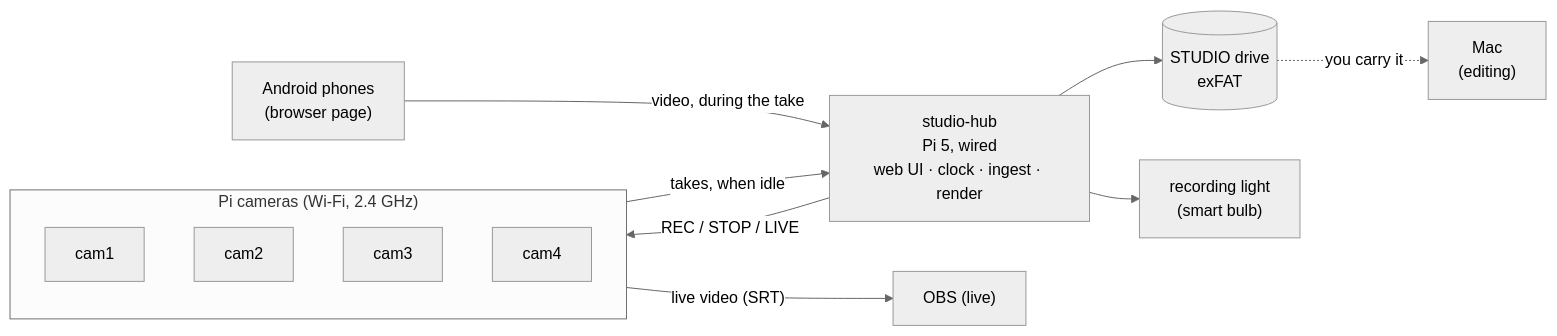
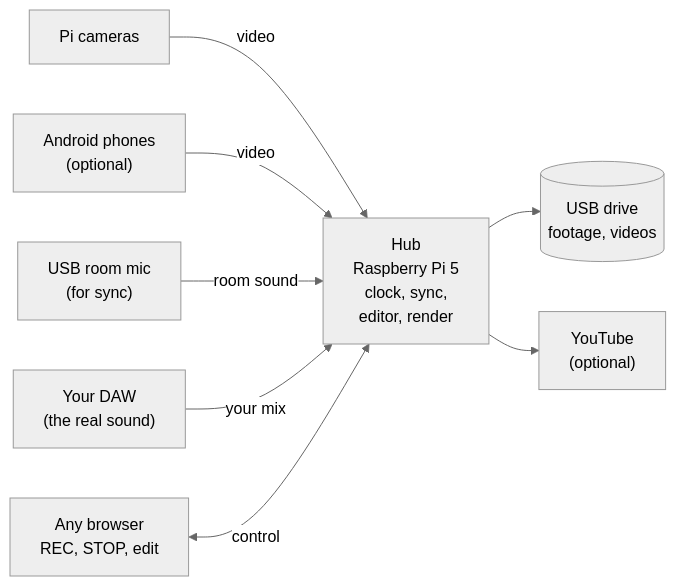
One commit to manneohrstrom/audio-video-broadcaster changed the first of 4 diagrams in README.md. Above: the diagram before and after it, drawn with Mermaid (neutral theme). The commit also changed other lines of this file and 22 other files, not shown here.

````diff
--- a/README.md
+++ b/README.md
@@ -9,23 +16,19 @@
 ```mermaid
 flowchart LR
-    subgraph Cameras["Pi cameras (Wi-Fi, 2.4 GHz)"]
-        C1[cam1]
-        C2[cam2]
-        C3[cam3]
-        C4[cam4]
-    end
-    Phones["Android phones<br/>(browser page)"]
-    Hub["studio-hub<br/>Pi 5, wired<br/>web UI · clock · ingest · render"]
-    Drive[("STUDIO drive<br/>exFAT")]
-    OBS["OBS (live)"]
-    Mac["Mac<br/>(editing)"]
-    Bulb["recording light<br/>(smart bulb)"]
+    Cams["Pi cameras"]
+    Phones["Android phones<br/>(optional)"]
+    Mic["USB room mic<br/>(for sync)"]
+    DAW["Your DAW<br/>(the real sound)"]
+    Browser["Any browser<br/>REC, STOP, edit"]
+    Hub["Hub<br/>Raspberry Pi 5<br/>clock, sync,<br/>editor, render"]
+    Drive[("USB drive<br/>footage, videos")]
+    YT["YouTube<br/>(optional)"]
 
-    Hub -- "REC / STOP / LIVE" --> Cameras
-    Cameras -- "takes, when idle" --> Hub
-    Phones -- "video, during the take" --> Hub
+    Cams -->|video| Hub
+    Phones -->|video| Hub
+    Mic -->|room sound| Hub
+    DAW -->|your mix| Hub
+    Browser <-->|control| Hub
     Hub --> Drive
-    Hub --> Bulb
-    Drive -. "you carry it" .-> Mac
-    Cameras -- "live video (SRT)" --> OBS
+    Hub --> YT
 ```
````
